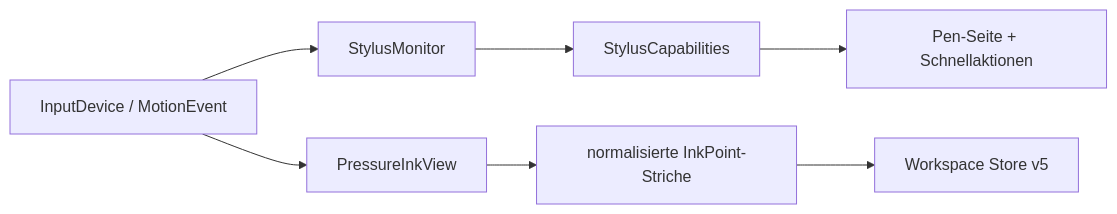
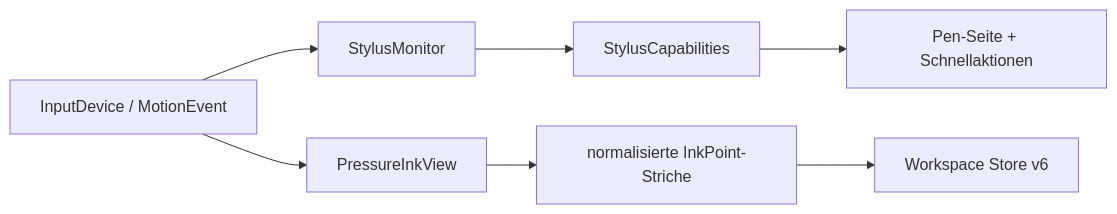
The second of 6 diagrams in docs/ARCHITECTURE.md (chekento/kosch-ai-android), drawn with Mermaid before and after one commit. The commit also changed other lines of this file and 16 other files, not shown here.

````diff
--- a/docs/ARCHITECTURE.md
+++ b/docs/ARCHITECTURE.md
@@ -56,9 +62,9 @@
 ```mermaid
 flowchart LR
     Device["InputDevice / MotionEvent"] --> Monitor["StylusMonitor"]
     Monitor --> Cap["StylusCapabilities"]
     Cap --> Shell["Pen-Seite + Schnellaktionen"]
     Device --> Ink["PressureInkView"]
     Ink --> Normalize["normalisierte InkPoint-Striche"]
-    Normalize --> Store["Workspace Store v5"]
+    Normalize --> Store["Workspace Store v6"]
 ```
````
